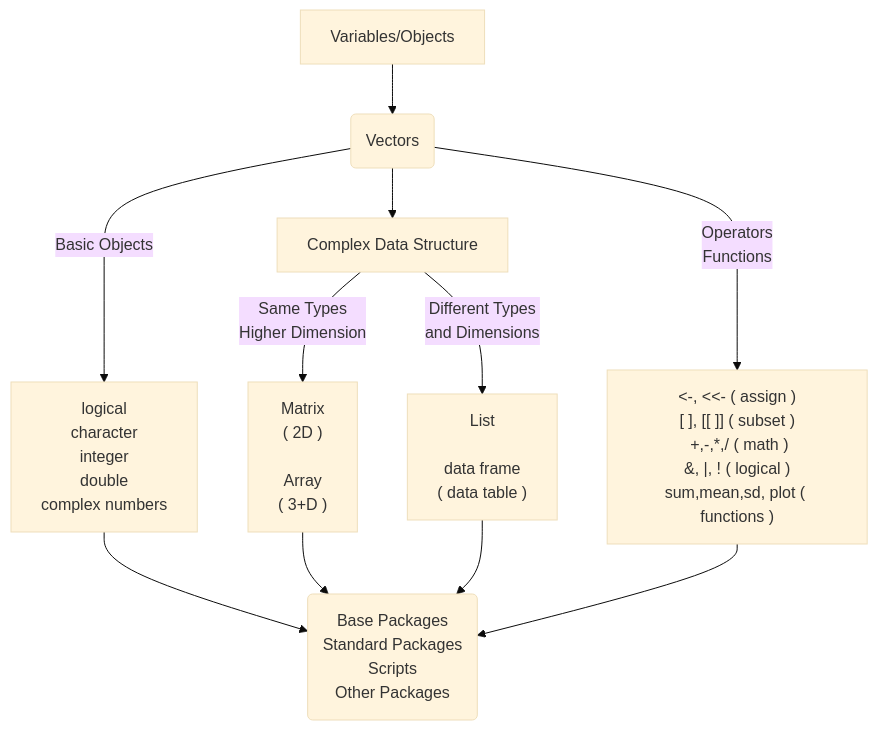
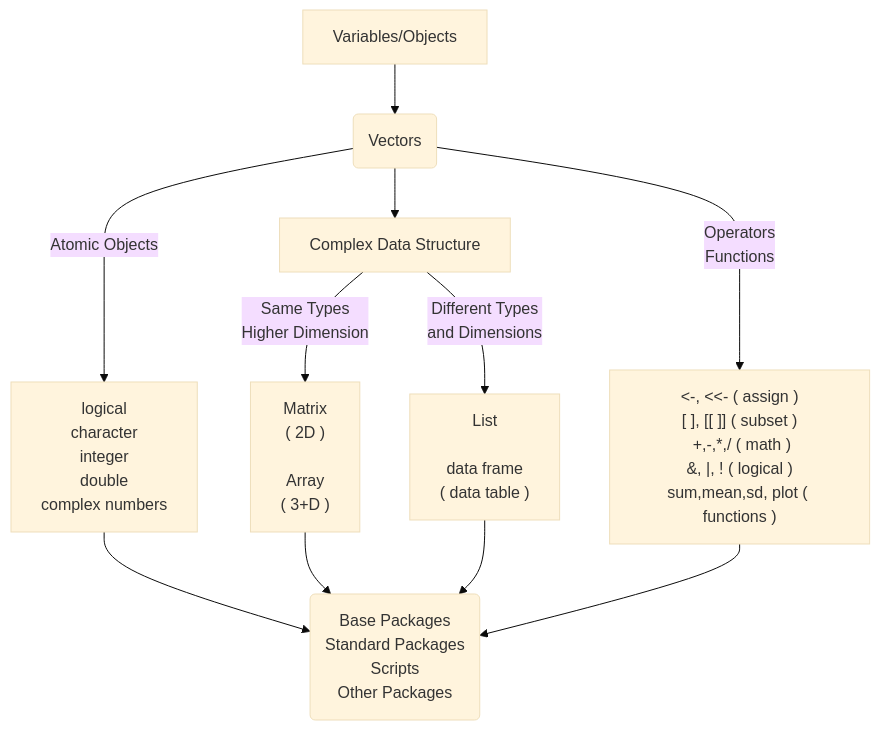
The diagram in naare-2025/A.R-Intro-System.qmd (manabdoli/workshops), drawn with Mermaid (base theme) before and after one commit. The commit also changed 9 other files, not shown here.

````diff
--- a/naare-2025/A.R-Intro-System.qmd
+++ b/naare-2025/A.R-Intro-System.qmd
@@ -26,13 +26,13 @@
 ```{mermaid}
 graph TD
     A[Variables/Objects] --> B(Vectors)
-    B -- Basic Objects --> C[logical<br>character<br>integer<br>double<br>complex numbers<br>]
+    B -- Atomic Objects --> C[logical<br>character<br>integer<br>double<br>complex numbers<br>]
     B --> D[Complex Data Structure]
     B -- Operators<br>Functions --> E[<-, <<- &#40 assign &#41<br>&#91 &#93, &#91&#91 &#93&#93 &#40 subset &#41<br> +,-,*,/ &#40 math &#41<br>&#38, &#124, &#33 &#40 logical &#41<br>sum,mean,sd, plot &#40 functions &#41]
     D -- Same Types<br>Higher Dimension --> D1[Matrix<br>&#40 2D &#41 <br><br>Array<br>&#40 3+D &#41]
     D -- Different Types<br> and Dimensions --> D2[List<br><br>data frame<br> &#40 data table &#41 ]
     C --> F(Base Packages<br>Standard Packages<br>Scripts<br>Other Packages)
     D1 --> F
     D2 --> F
     E --> F
 ```
````
